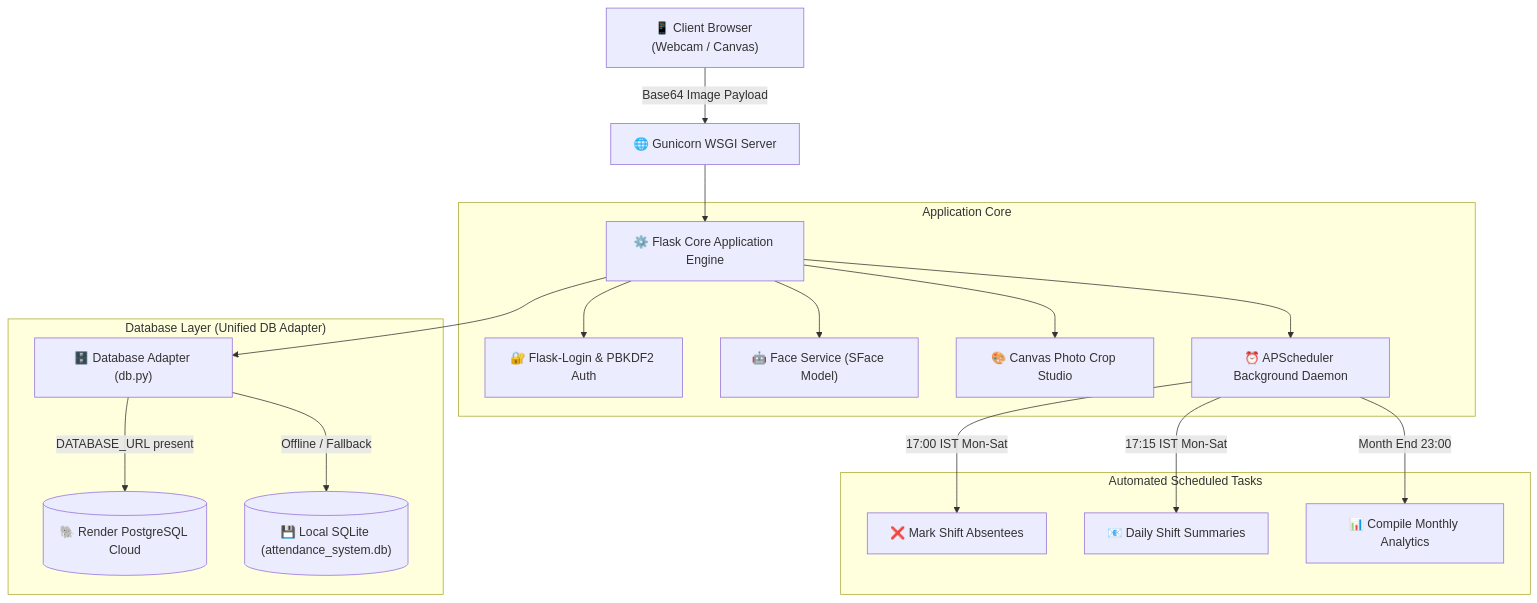
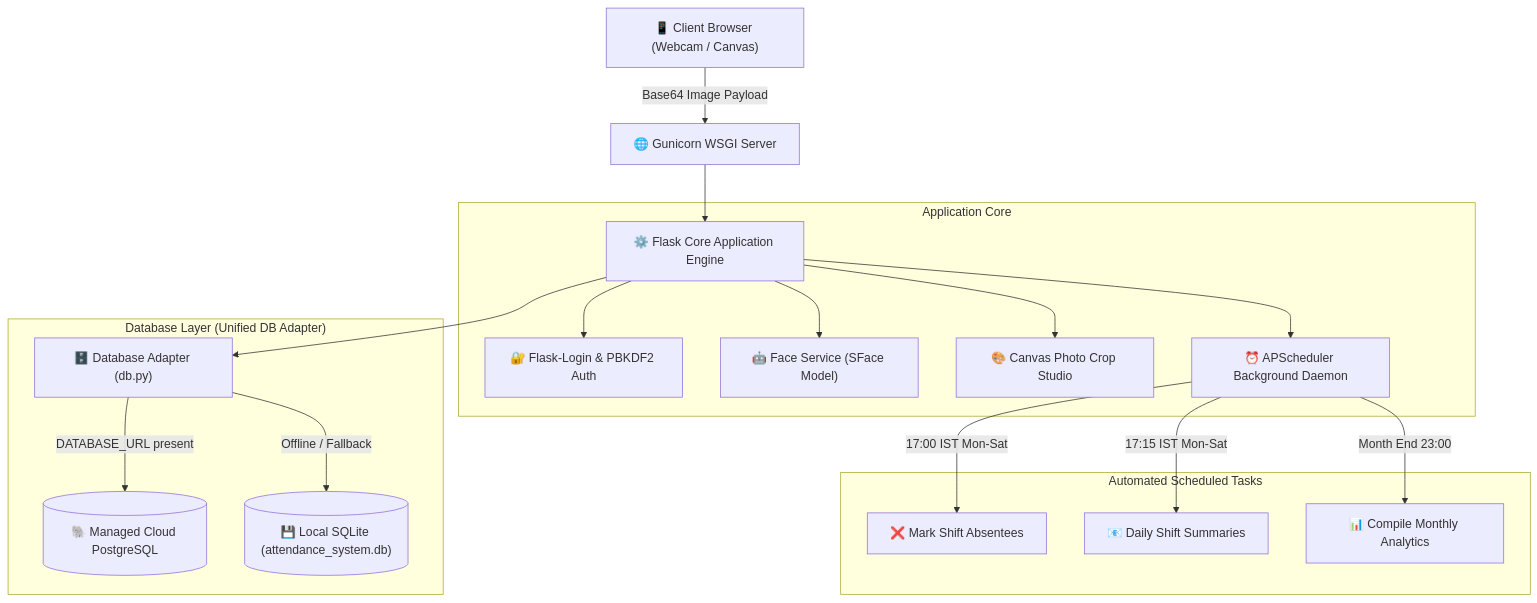
One commit to SuprabhSharma/face-attendance-deepface changed the diagram in README.md. Above: the diagram before and after it, drawn with Mermaid. The commit also changed other lines of this file and 6 other files, not shown here.

````diff
--- a/README.md
+++ b/README.md
@@ -87,24 +88,24 @@
 ```mermaid
 graph TD
     Client["📱 Client Browser (Webcam / Canvas)"] -->|Base64 Image Payload| Gunicorn["🌐 Gunicorn WSGI Server"]
     Gunicorn --> FlaskApp["⚙️ Flask Core Application Engine"]
     
     subgraph "Application Core"
         FlaskApp --> AuthModule["🔐 Flask-Login & PBKDF2 Auth"]
         FlaskApp --> FaceService["🤖 Face Service (SFace Model)"]
         FlaskApp --> PhotoStudio["🎨 Canvas Photo Crop Studio"]
         FlaskApp --> APScheduler["⏰ APScheduler Background Daemon"]
     end
 
     subgraph "Database Layer (Unified DB Adapter)"
         FlaskApp --> DBAdapter["🗄️ Database Adapter (db.py)"]
-        DBAdapter -->|DATABASE_URL present| PostgresDB[("🐘 Render PostgreSQL Cloud")]
+        DBAdapter -->|DATABASE_URL present| PostgresDB[("🐘 Managed Cloud PostgreSQL")]
         DBAdapter -->|Offline / Fallback| SQLiteDB[("💾 Local SQLite (attendance_system.db)")]
     end
 
     subgraph "Automated Scheduled Tasks"
         APScheduler -->|17:00 IST Mon-Sat| AutoAbsent["❌ Mark Shift Absentees"]
         APScheduler -->|17:15 IST Mon-Sat| DailySummary["📧 Daily Shift Summaries"]
         APScheduler -->|Month End 23:00| MonthlyReport["📊 Compile Monthly Analytics"]
     end
 ```
````
